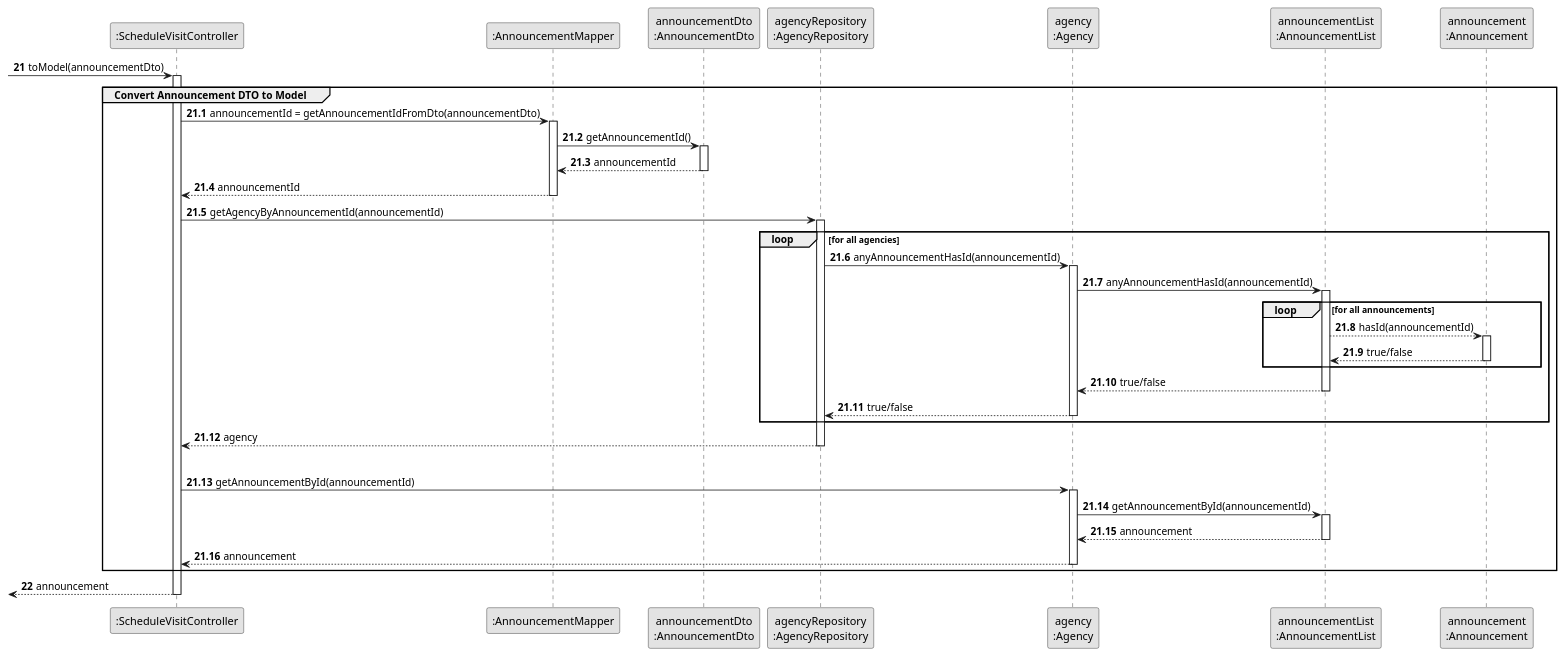
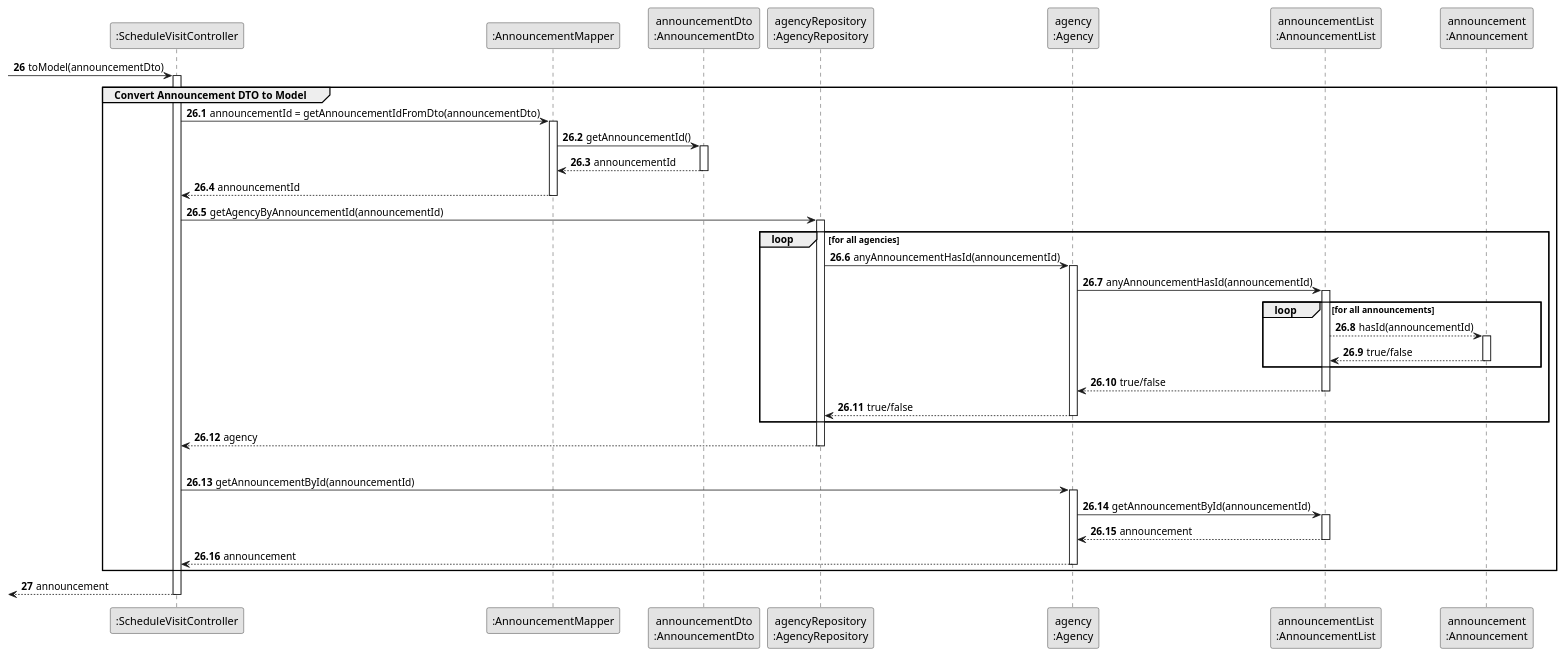
One commit to rita-barbosa/LAPR2-2223 changed the diagram in docs/sprintC/us009/03.design/puml/us009-sequence-diagram-partial-convert-announcement-DTO-to-Model.puml. Above: the diagram before and after it, drawn with PlantUML. The commit also changed 5 other files, not shown here.

```diff
--- a/docs/sprintC/us009/03.design/puml/us009-sequence-diagram-partial-convert-announcement-DTO-to-Model.puml
+++ b/docs/sprintC/us009/03.design/puml/us009-sequence-diagram-partial-convert-announcement-DTO-to-Model.puml
@@ -1,94 +1,94 @@
 @startuml
 skinparam monochrome true
 skinparam packageStyle rectangle
 skinparam shadowing false
 
 
 participant ":ScheduleVisitController" as CTRL
 participant ":AnnouncementMapper" as MAPPER
 participant "announcementDto\n:AnnouncementDto" as ANCDTO
 participant "agencyRepository\n:AgencyRepository" as AgencyRepository
 participant "agency\n:Agency" as AGC
 participant "announcementList\n:AnnouncementList" as LISTCLASS
 participant "announcement\n:Announcement" as ANNOUNCE
 
 
-autonumber 21
+autonumber 26
 
  -> CTRL : toModel(announcementDto)
 
 activate CTRL
 
-    autonumber 21.1
+    autonumber 26.1
 
     group Convert Announcement DTO to Model
 
         CTRL -> MAPPER : announcementId = getAnnouncementIdFromDto(announcementDto)
         activate MAPPER
 
         MAPPER -> ANCDTO : getAnnouncementId()
         activate ANCDTO
 
             ANCDTO --> MAPPER : announcementId
         deactivate ANCDTO
 
             MAPPER --> CTRL : announcementId
         deactivate MAPPER
 
 
         CTRL -> AgencyRepository : getAgencyByAnnouncementId(announcementId)
          activate AgencyRepository
 
             loop for all agencies
 
                 AgencyRepository -> AGC : anyAnnouncementHasId(announcementId)
                 activate AGC
 
                     AGC -> LISTCLASS : anyAnnouncementHasId(announcementId)
 
                     loop for all announcements
 
                         activate LISTCLASS
 
                         LISTCLASS --> ANNOUNCE : hasId(announcementId)
 
                         activate ANNOUNCE
 
                             ANNOUNCE --> LISTCLASS : true/false
                         deactivate ANNOUNCE
 
                     end loop
 
                 LISTCLASS --> AGC : true/false
                 deactivate LISTCLASS
 
             AGC --> AgencyRepository : true/false
             deactivate AGC
 
         end loop
 
         AgencyRepository --> CTRL : agency
         deactivate AgencyRepository
 |||
 
         CTRL -> AGC : getAnnouncementById(announcementId)
         activate AGC
 
         AGC -> LISTCLASS : getAnnouncementById(announcementId)
         activate LISTCLASS
 
             LISTCLASS --> AGC : announcement
         deactivate LISTCLASS
 
             AGC --> CTRL : announcement
         deactivate AGC
 
 
     end group
 
-    autonumber 22
+    autonumber 27
 
     <-- CTRL  : announcement
 deactivate CTRL
 
 @enduml
```
